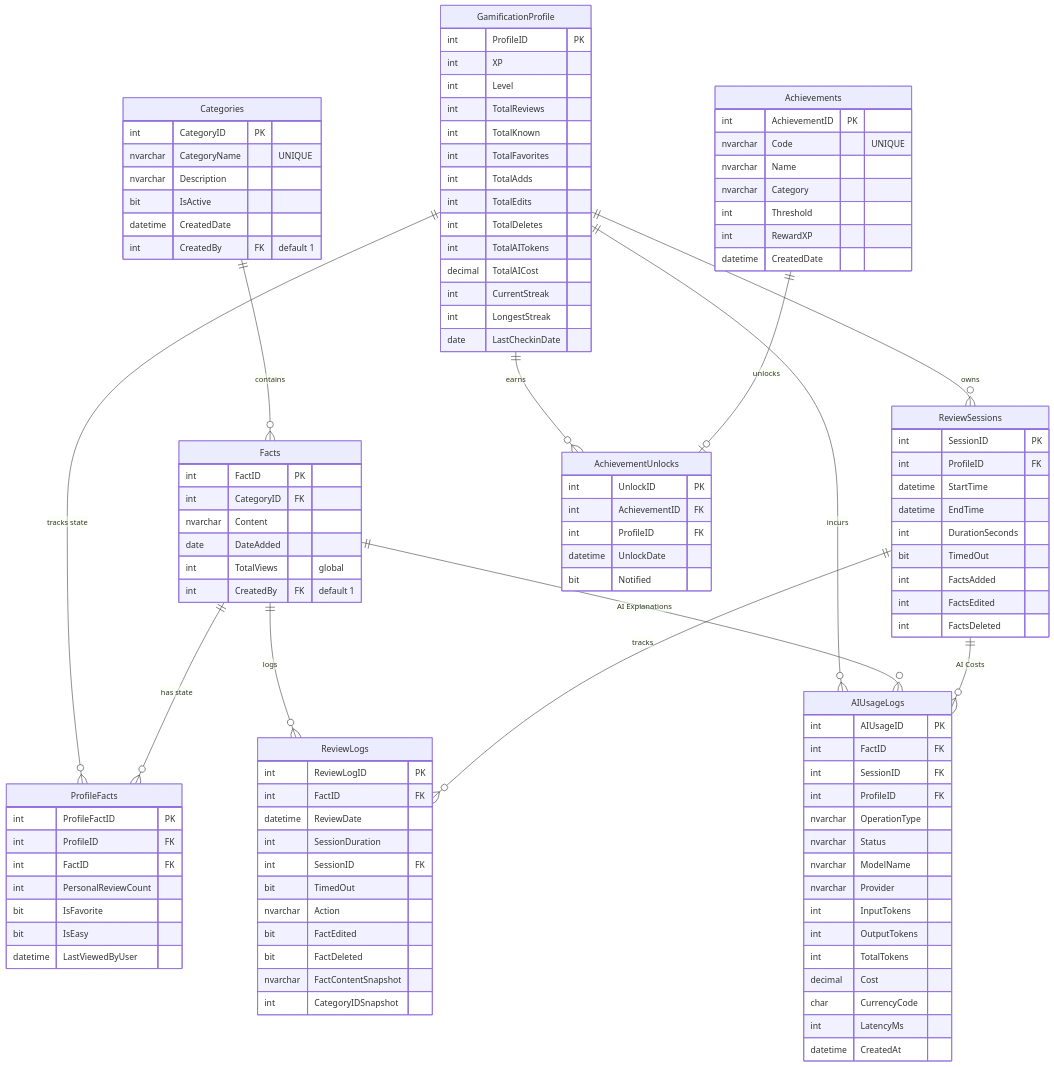
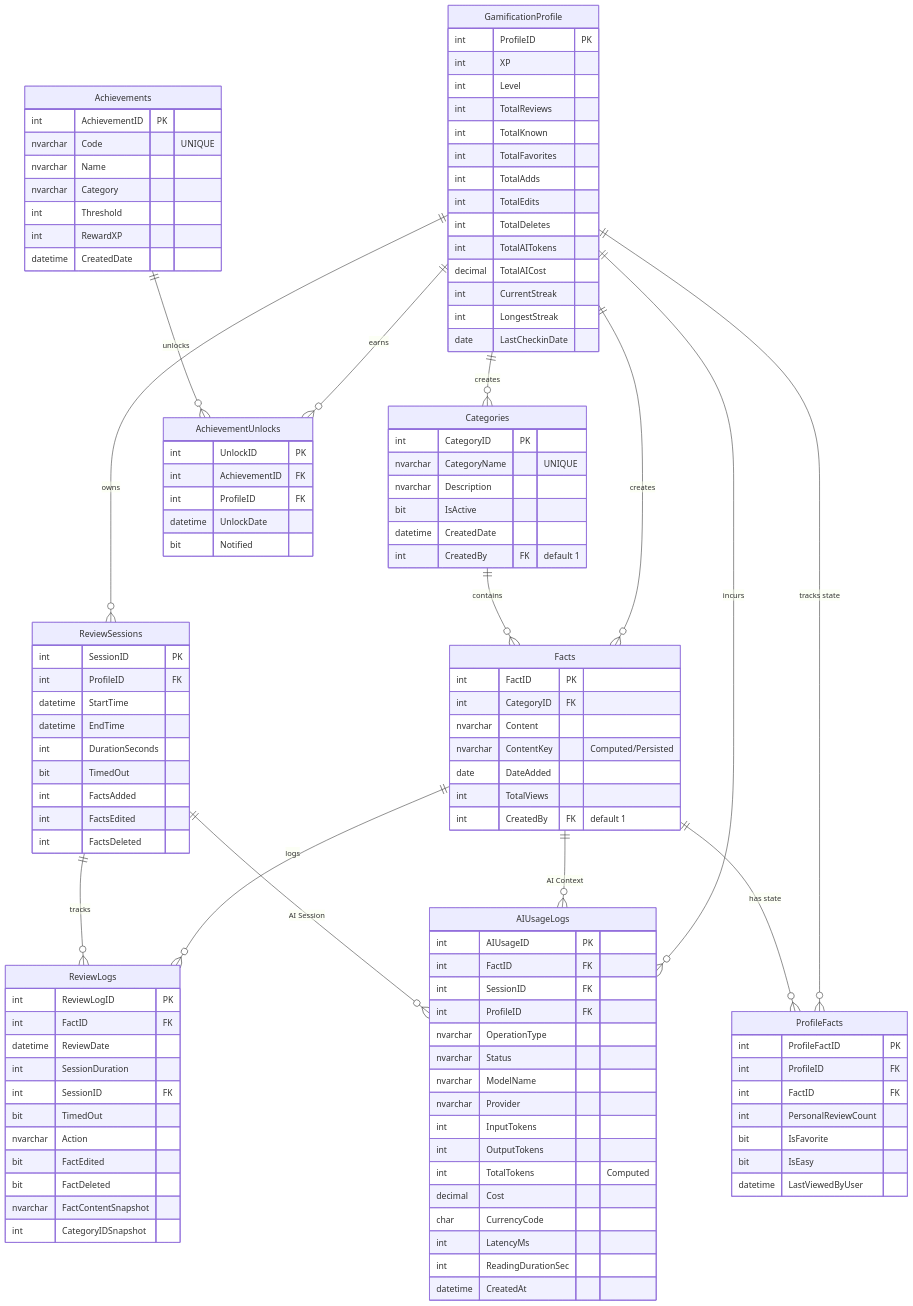
The diagram in database_setup/database_ERD.mmd (LordGauravB/FactDari), drawn with Mermaid before and after one commit. The commit also changed 2 other files, not shown here.

```diff
--- a/database_setup/database_ERD.mmd
+++ b/database_setup/database_ERD.mmd
@@ -1,122 +1,134 @@
 erDiagram
+    GamificationProfile {
+        int ProfileID PK
+        int XP
+        int Level
+        int TotalReviews
+        int TotalKnown
+        int TotalFavorites
+        int TotalAdds
+        int TotalEdits
+        int TotalDeletes
+        int TotalAITokens
+        decimal TotalAICost
+        int CurrentStreak
+        int LongestStreak
+        date LastCheckinDate
+    }
+
     Categories {
         int CategoryID PK
         nvarchar CategoryName "UNIQUE"
         nvarchar Description
         bit IsActive
         datetime CreatedDate
         int CreatedBy FK "default 1"
     }
 
     Facts {
         int FactID PK
         int CategoryID FK
         nvarchar Content
+        nvarchar ContentKey "Computed/Persisted"
         date DateAdded
-        int TotalViews "global"
+        int TotalViews
         int CreatedBy FK "default 1"
+    }
+
+    ProfileFacts {
+        int ProfileFactID PK
+        int ProfileID FK
+        int FactID FK
+        int PersonalReviewCount
+        bit IsFavorite
+        bit IsEasy
+        datetime LastViewedByUser
     }
 
     ReviewSessions {
         int SessionID PK
         int ProfileID FK
         datetime StartTime
         datetime EndTime
         int DurationSeconds
         bit TimedOut
         int FactsAdded
         int FactsEdited
         int FactsDeleted
     }
 
     ReviewLogs {
         int ReviewLogID PK
         int FactID FK
         datetime ReviewDate
         int SessionDuration
         int SessionID FK
         bit TimedOut
         nvarchar Action
         bit FactEdited
         bit FactDeleted
         nvarchar FactContentSnapshot
         int CategoryIDSnapshot
     }
 
-    ProfileFacts {
-        int ProfileFactID PK
+    AIUsageLogs {
+        int AIUsageID PK
+        int FactID FK
+        int SessionID FK
         int ProfileID FK
-        int FactID FK
-        int PersonalReviewCount
-        bit IsFavorite
-        bit IsEasy
-        datetime LastViewedByUser
-    }
-
-    GamificationProfile {
-        int ProfileID PK
-        int XP
-        int Level
-        int TotalReviews
-        int TotalKnown
-        int TotalFavorites
-        int TotalAdds
-        int TotalEdits
-        int TotalDeletes
-        int TotalAITokens
-        decimal TotalAICost
-        int CurrentStreak
-        int LongestStreak
-        date LastCheckinDate
+        nvarchar OperationType
+        nvarchar Status
+        nvarchar ModelName
+        nvarchar Provider
+        int InputTokens
+        int OutputTokens
+        int TotalTokens "Computed"
+        decimal Cost
+        char CurrencyCode
+        int LatencyMs
+        int ReadingDurationSec
+        datetime CreatedAt
     }
 
     Achievements {
         int AchievementID PK
         nvarchar Code "UNIQUE"
         nvarchar Name
         nvarchar Category
         int Threshold
         int RewardXP
         datetime CreatedDate
     }
 
     AchievementUnlocks {
         int UnlockID PK
         int AchievementID FK
         int ProfileID FK
         datetime UnlockDate
         bit Notified
     }
 
-    AIUsageLogs {
-        int AIUsageID PK
-        int FactID FK
-        int SessionID FK
-        int ProfileID FK
-        nvarchar OperationType
-        nvarchar Status
-        nvarchar ModelName
-        nvarchar Provider
-        int InputTokens
-        int OutputTokens
-        int TotalTokens
-        decimal Cost
-        char CurrencyCode
-        int LatencyMs
-        datetime CreatedAt
-    }
-
-    %% Relationships (GamificationProfile as user identity)
+    %% --- Core Relationships ---
     GamificationProfile ||--o{ ReviewSessions : owns
     GamificationProfile ||--o{ AchievementUnlocks : earns
     GamificationProfile ||--o{ AIUsageLogs : incurs
     GamificationProfile ||--o{ ProfileFacts : "tracks state"
+    
+    %% --- Creator Tracking (Added these based on SQL FKs) ---
+    GamificationProfile ||--o{ Categories : "creates"
+    GamificationProfile ||--o{ Facts : "creates"
+
+    %% --- Content Structure ---
+    Categories ||--o{ Facts : contains
     Facts ||--o{ ProfileFacts : "has state"
-
-    Categories ||--o{ Facts : contains
+    
+    %% --- Logging & History ---
     Facts ||--o{ ReviewLogs : logs
     ReviewSessions ||--o{ ReviewLogs : tracks
-    Achievements ||--o| AchievementUnlocks : unlocks
     
-    Facts ||--o{ AIUsageLogs : "AI Explanations"
-    ReviewSessions ||--o{ AIUsageLogs : "AI Costs"
+    %% --- AI ---
+    Facts ||--o{ AIUsageLogs : "AI Context"
+    ReviewSessions ||--o{ AIUsageLogs : "AI Session"
+
+    %% --- Gamification ---
+    Achievements ||--o{ AchievementUnlocks : unlocks
```
